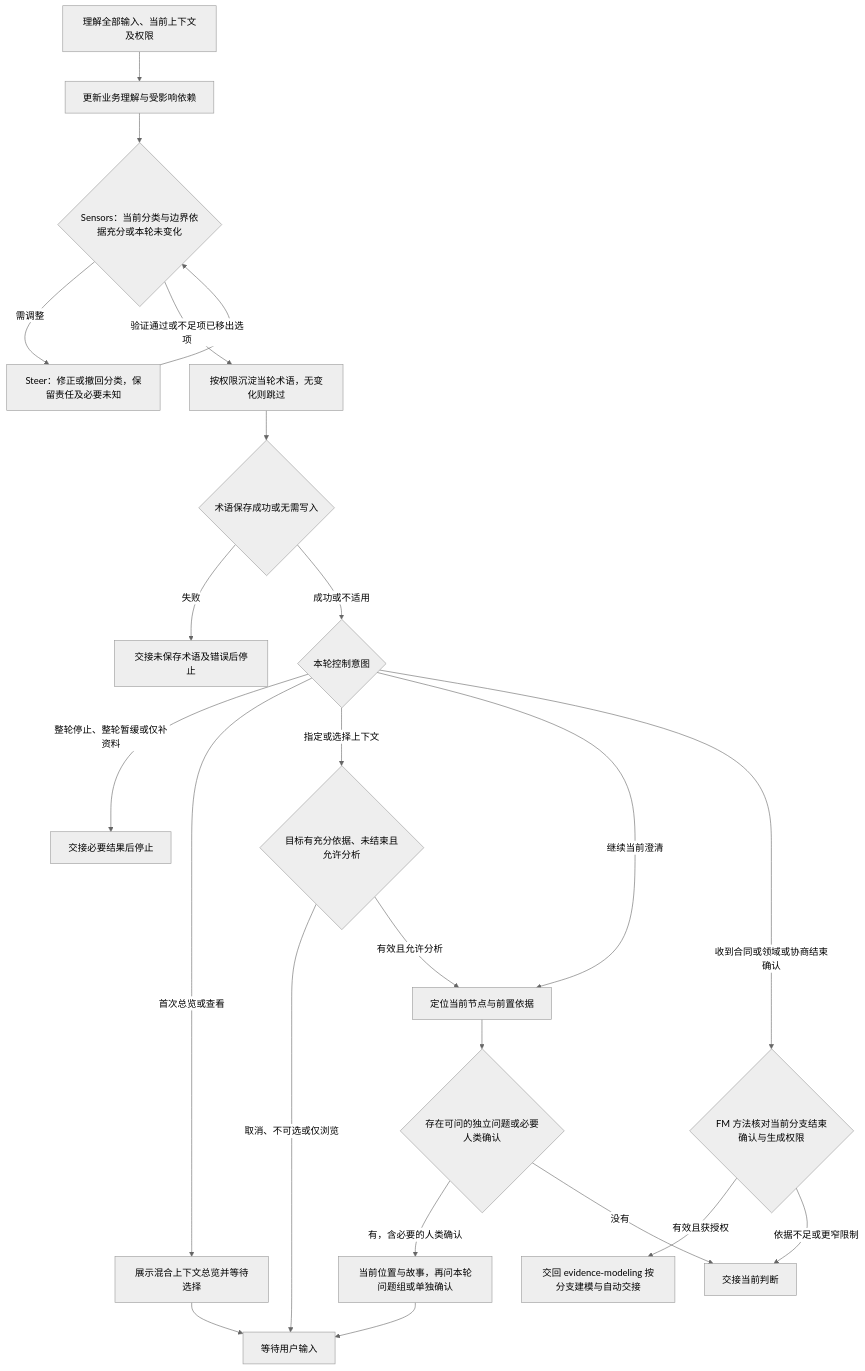
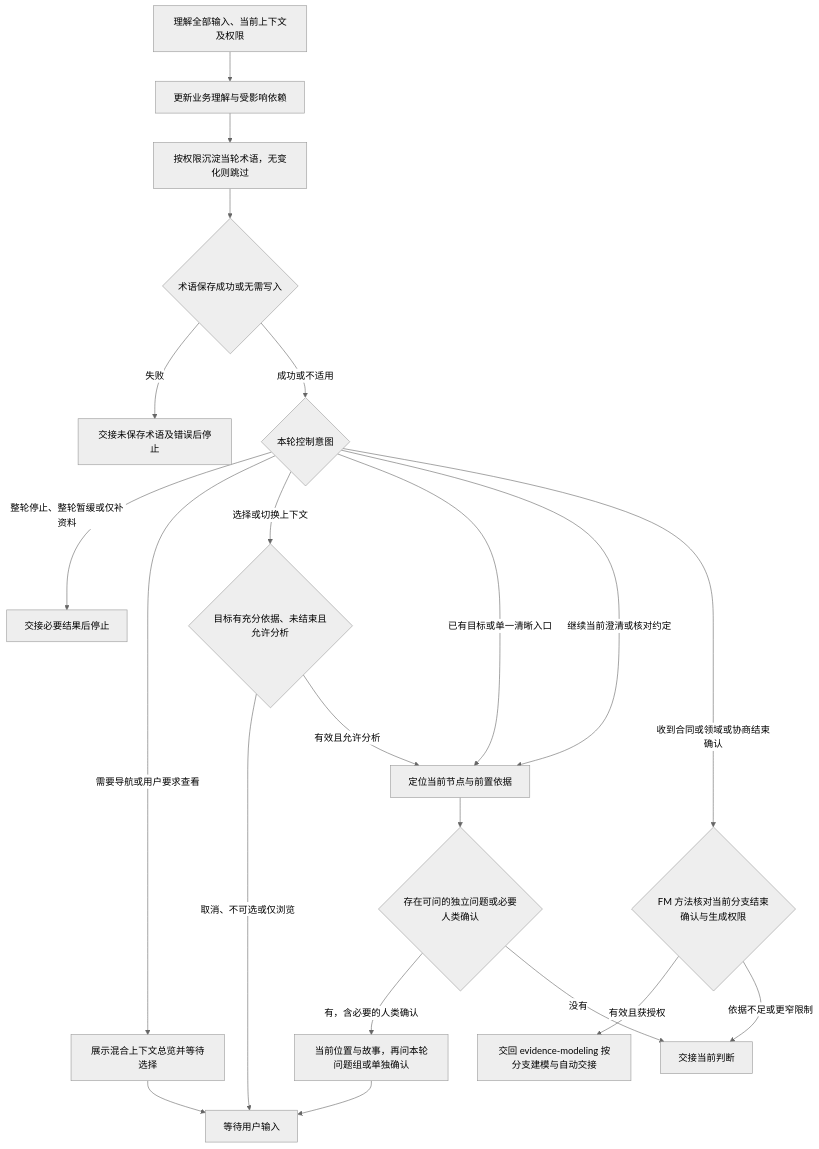
Before and after one commit to JayClock/Evidence-Framework: the diagram in .agents/skills/evidence-discovery/references/interview.md, drawn with Mermaid (neutral theme). The commit also changed other lines of this file and 29 other files, not shown here.

````diff
--- a/.agents/skills/evidence-discovery/references/interview.md
+++ b/.agents/skills/evidence-discovery/references/interview.md
@@ -9,43 +9,39 @@
 ```mermaid
 flowchart TD
     input[理解全部输入、当前上下文及权限]
     understanding[更新业务理解与受影响依赖]
-    classification{Sensors：当前分类与边界依据充分或本轮未变化}
-    correction[Steer：修正或撤回分类，保留责任及必要未知]
     language[按权限沉淀当轮术语，无变化则跳过]
     languageSaved{术语保存成功或无需写入}
     control{本轮控制意图}
     closure{FM 方法核对当前分支结束确认与生成权限}
     batch[交回 evidence-modeling 按分支建模与自动交接]
     navigation[展示混合上下文总览并等待选择]
     selection{目标有充分依据、未结束且允许分析}
     focus[定位当前节点与前置依据]
     needed{存在可问的独立问题或必要人类确认}
     question[当前位置与故事，再问本轮问题组或单独确认]
     failed[交接未保存术语及错误后停止]
     stop[交接必要结果后停止]
     handoff[交接当前判断]
     wait[等待用户输入]
     input --> understanding
-    understanding --> classification
-    classification -->|需调整| correction
-    correction --> classification
-    classification -->|验证通过或不足项已移出选项| language
+    understanding --> language
     language --> languageSaved
     languageSaved -->|失败| failed
     languageSaved -->|成功或不适用| control
     control -->|整轮停止、整轮暂缓或仅补资料| stop
-    control -->|首次总览或查看| navigation
-    control -->|指定或选择上下文| selection
-    control -->|继续当前澄清| focus
+    control -->|需要导航或用户要求查看| navigation
+    control -->|选择或切换上下文| selection
+    control -->|已有目标或单一清晰入口| focus
+    control -->|继续当前澄清或核对约定| focus
     control -->|收到合同或领域或协商结束确认| closure
     closure -->|有效且获授权| batch
     closure -->|依据不足或更窄限制| handoff
     navigation --> wait
     selection -->|取消、不可选或仅浏览| wait
     selection -->|有效且允许分析| focus
     focus --> needed
     needed -->|有，含必要的人类确认| question
     needed -->|没有| handoff
     question --> wait
 ```
````
